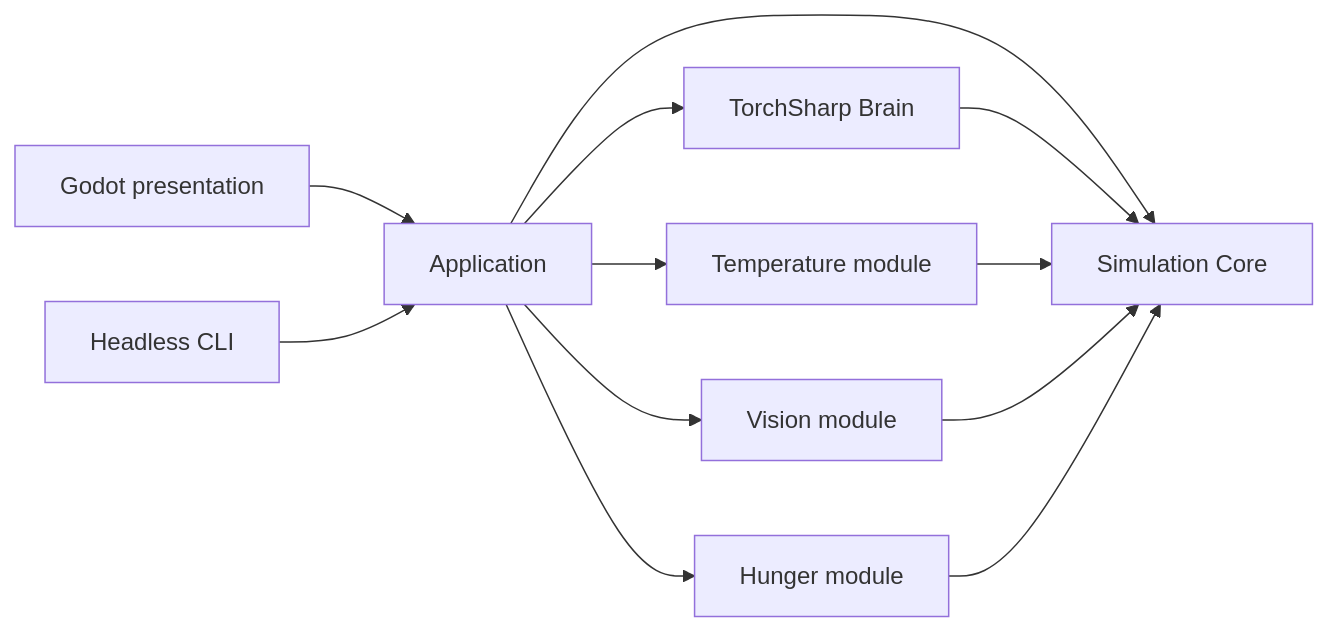
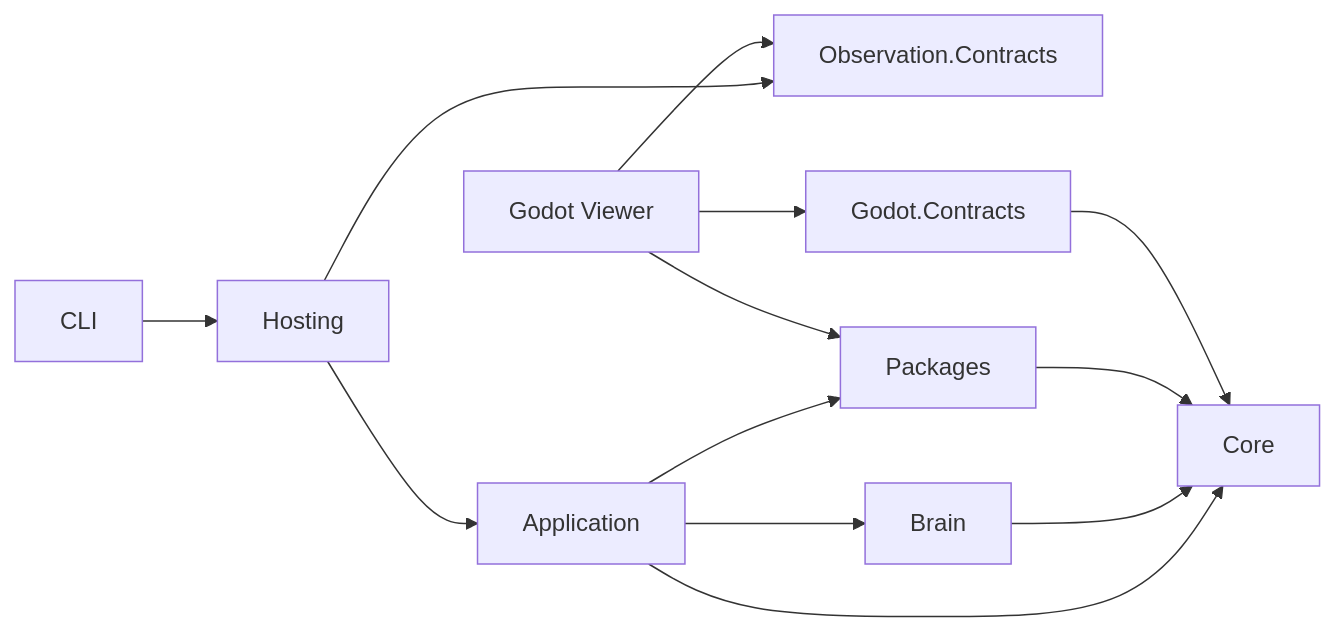
The diagram in README.md (illya228666/live), drawn with Mermaid before and after one commit. The commit also changed other lines of this file and 98 other files, not shown here.

Commit message:
Unify runtime execution and separate the Godot WebSocket viewer

````diff
--- a/README.md
+++ b/README.md
@@ -221,14 +203,15 @@
 ```mermaid
 flowchart LR
-    Godot[Godot presentation] --> Application
-    CLI[Headless CLI] --> Application
-    Application --> Core[Simulation Core]
-    Application --> Brain[TorchSharp Brain]
-    Application --> Temperature[Temperature module]
-    Application --> Vision[Vision module]
-    Application --> Hunger[Hunger module]
+    CLI --> Hosting
+    Hosting --> Application
+    Hosting --> Observation.Contracts
+    Application --> Core
+    Application --> Brain
+    Application --> Packages
     Brain --> Core
-    Temperature --> Core
-    Vision --> Core
-    Hunger --> Core
+    Packages --> Core
+    Godot[Godot Viewer] --> Observation.Contracts
+    Godot --> Packages
+    Godot --> Godot.Contracts
+    Godot.Contracts --> Core
 ```
````
